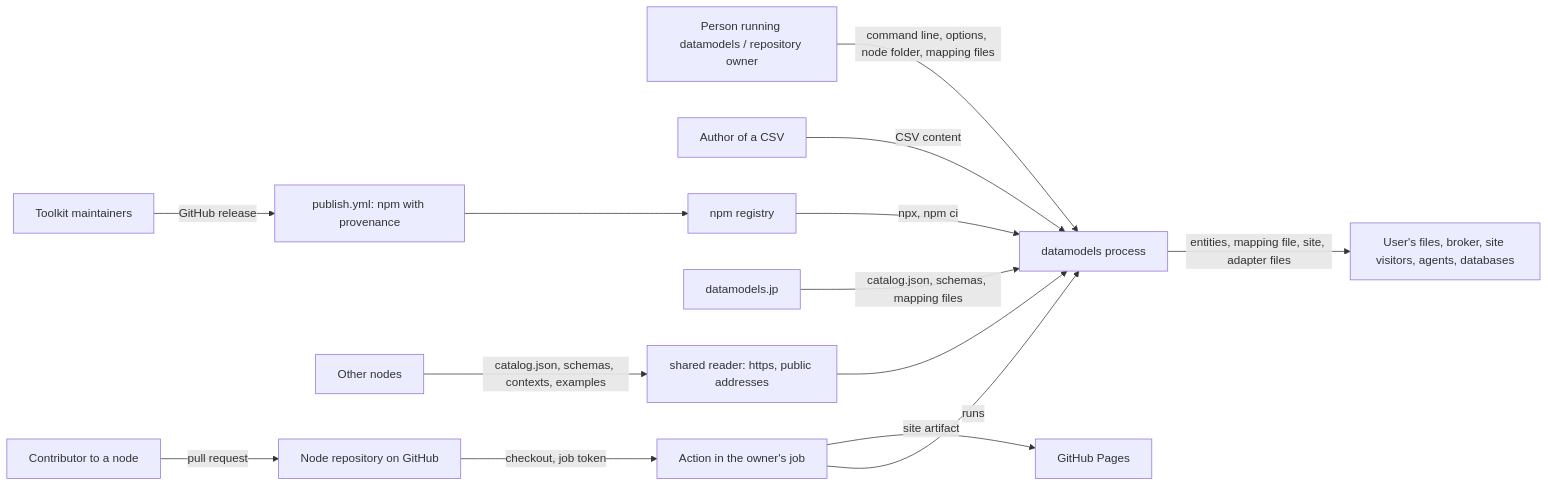
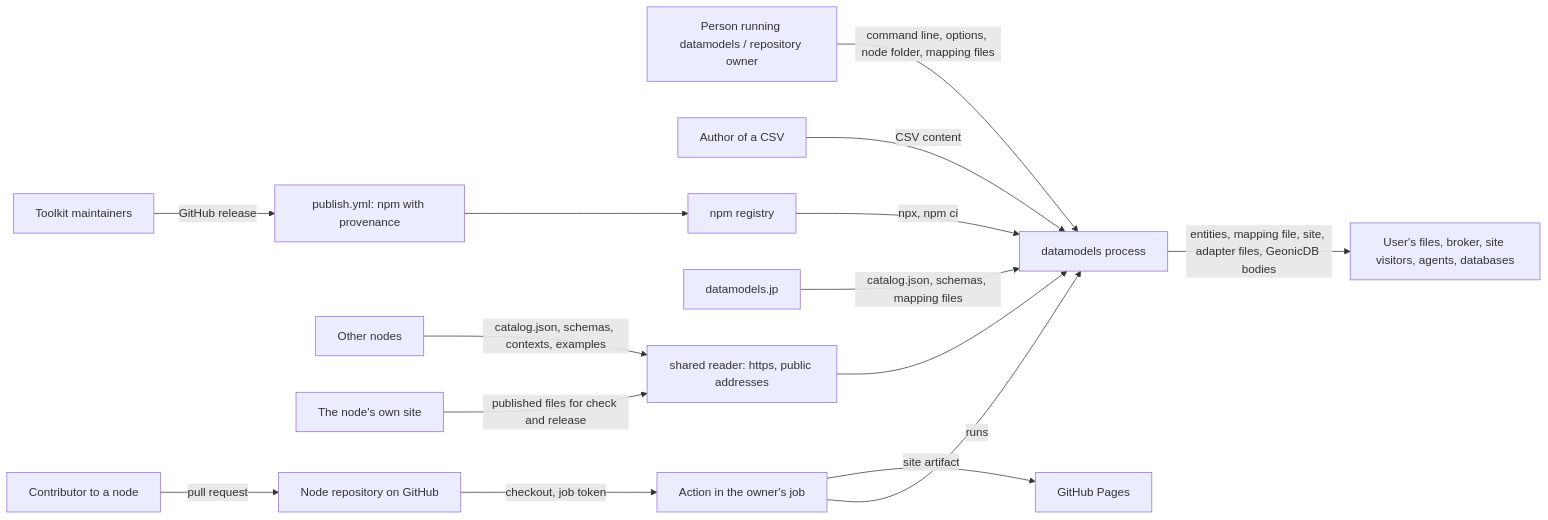
The diagram in threat-model.md (geolonia/datamodels-toolkit), drawn with Mermaid before and after one commit. The commit also changed other lines of this file and 4 other files, not shown here.

````diff
--- a/threat-model.md
+++ b/threat-model.md
@@ -227,16 +280,17 @@
 ```mermaid
 flowchart LR
   U[Person running datamodels / repository owner] -->|command line, options, node folder, mapping files| T[datamodels process]
   F[Author of a CSV] -->|CSV content| T
   P[Contributor to a node] -->|pull request| GH[Node repository on GitHub]
   GH -->|checkout, job token| A[Action in the owner's job]
   A -->|runs| T
   C[datamodels.jp] -->|catalog.json, schemas, mapping files| T
   N[Other nodes] -->|catalog.json, schemas, contexts, examples| R[shared reader: https, public addresses]
+  S[The node's own site] -->|published files for check and release| R
   R --> T
-  T -->|entities, mapping file, site, adapter files| O[User's files, broker, site visitors, agents, databases]
+  T -->|entities, mapping file, site, adapter files, GeonicDB bodies| O[User's files, broker, site visitors, agents, databases]
   A -->|site artifact| PG[GitHub Pages]
   M[Toolkit maintainers] -->|GitHub release| PUB[publish.yml: npm with provenance]
   PUB --> NPM[npm registry]
   NPM -->|npx, npm ci| T
 ```
````
